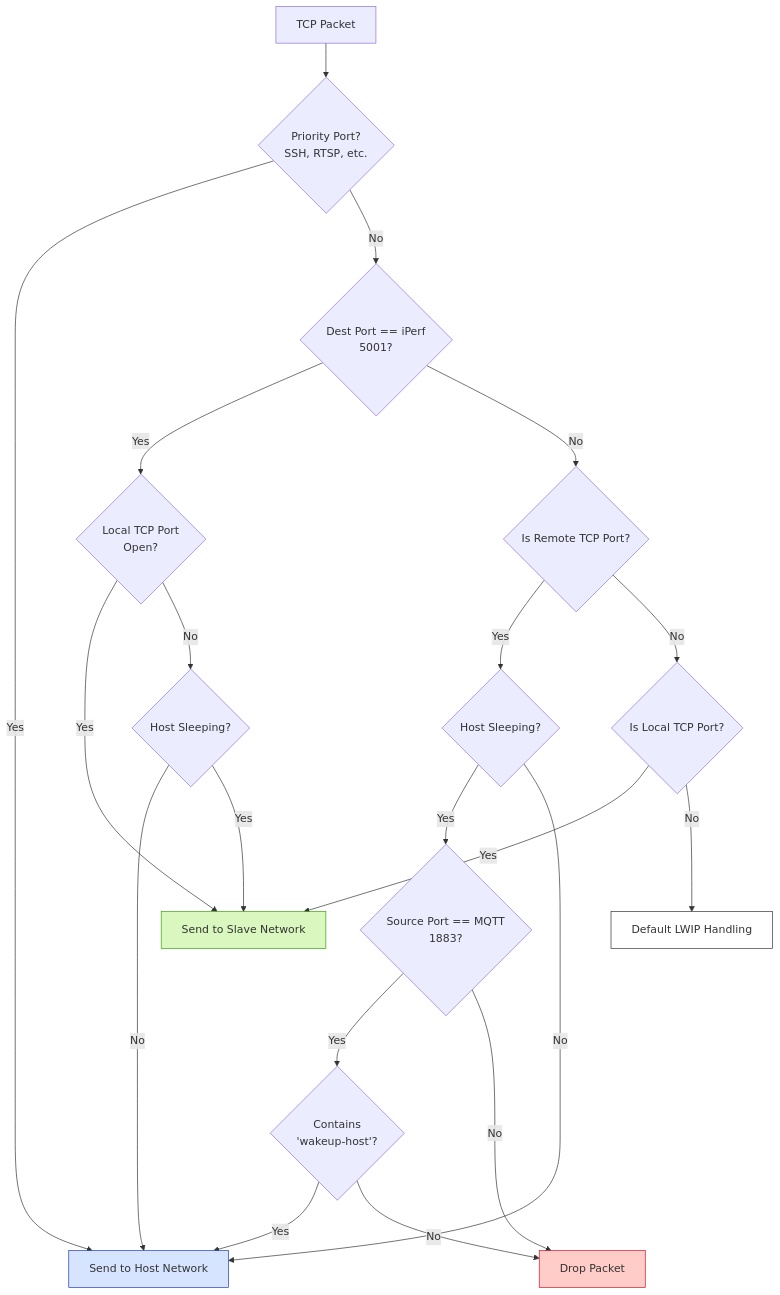
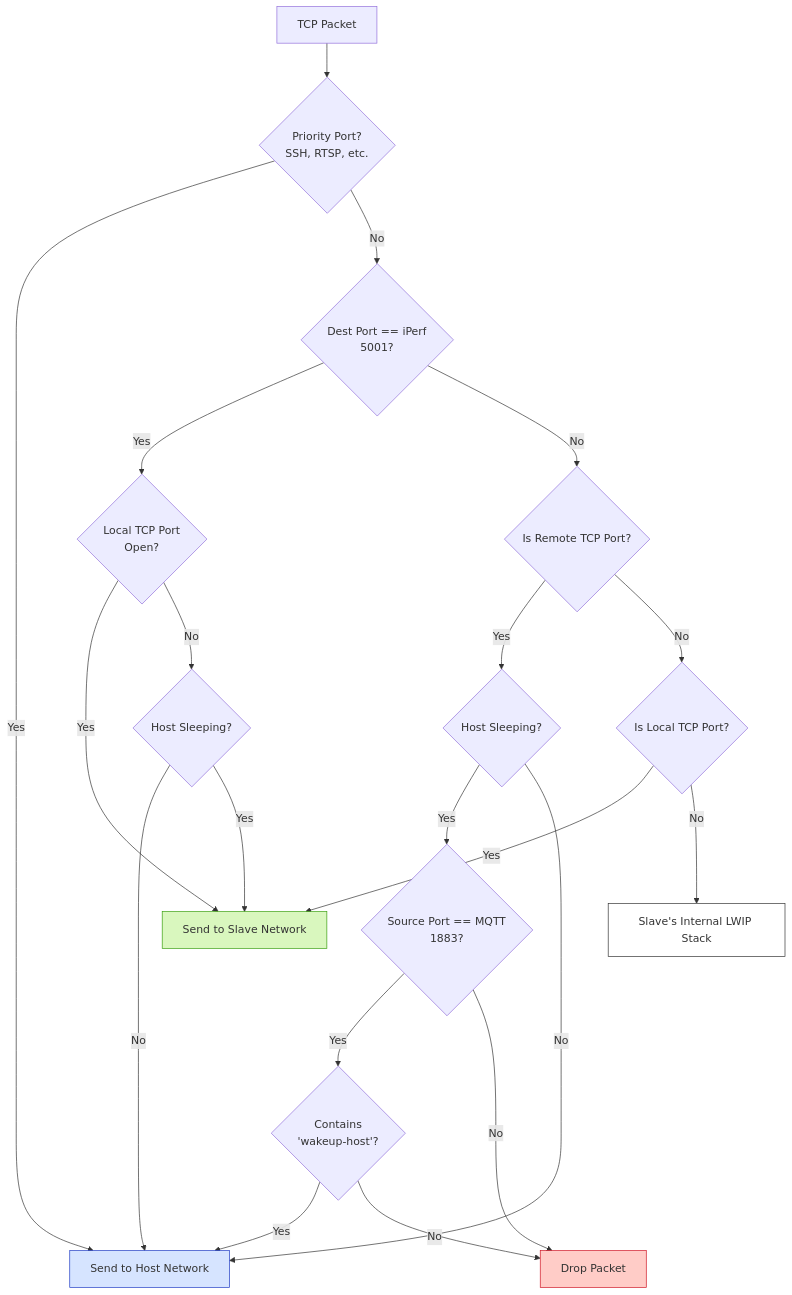
The second of 4 diagrams in esp_hosted_fg/docs/Linux_based_host/Network_Split.md (espressif/esp-hosted), drawn with Mermaid before and after one commit. The commit also changed other lines of this file, not shown here.

````diff
--- a/esp_hosted_fg/docs/Linux_based_host/Network_Split.md
+++ b/esp_hosted_fg/docs/Linux_based_host/Network_Split.md
@@ -92,36 +95,36 @@
 ```mermaid
 %% TCP Processing
 flowchart TD
     G[TCP Packet] --> G1{Priority Port?<br/>SSH, RTSP, etc.}
     G1 -->|Yes| K[Send to Host Network]
-    
+
     G1 -->|No| G2{Dest Port == iPerf<br/>5001?}
     G2 -->|Yes| G3{Local TCP Port<br/>Open?}
     G3 -->|Yes| C[Send to Slave Network]
     G3 -->|No| G4{Host Sleeping?}
     G4 -->|No| K
     G4 -->|Yes| C
-    
+
     G2 -->|No| G5{Is Remote TCP Port?}
     G5 -->|Yes| G6{Host Sleeping?}
     G6 -->|Yes| G7{Source Port == MQTT<br/>1883?}
     G7 -->|Yes| G8{"Contains<br/>'wakeup-host'?"}
     G8 -->|Yes| K
     G8 -->|No| L[Drop Packet]
     G7 -->|No| L
     G6 -->|No| K
-    
+
     G5 -->|No| G9{Is Local TCP Port?}
     G9 -->|Yes| C
-    G9 -->|No| D[Default LWIP Handling]
-    
+    G9 -->|No| D[Slave's Internal LWIP Stack]
+
     classDef slaveNode fill:#d9f7be,stroke:#389e0d
     classDef hostNode fill:#d6e4ff,stroke:#1d39c4
     classDef invalidNode fill:#ffccc7,stroke:#cf1322
     classDef defaultNode fill:#fff,stroke:#333
-    
+
     class K hostNode
     class C slaveNode
     class L invalidNode
     class D defaultNode
 ```
````
